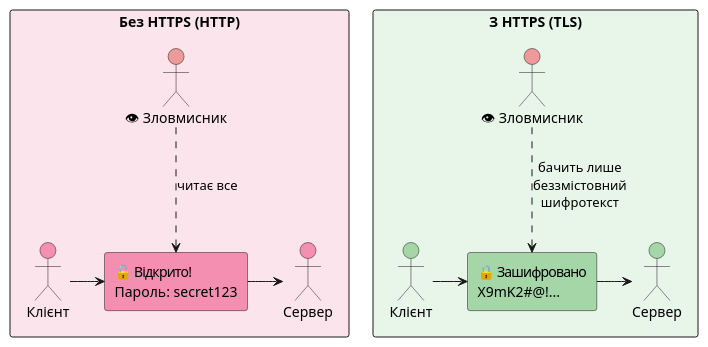
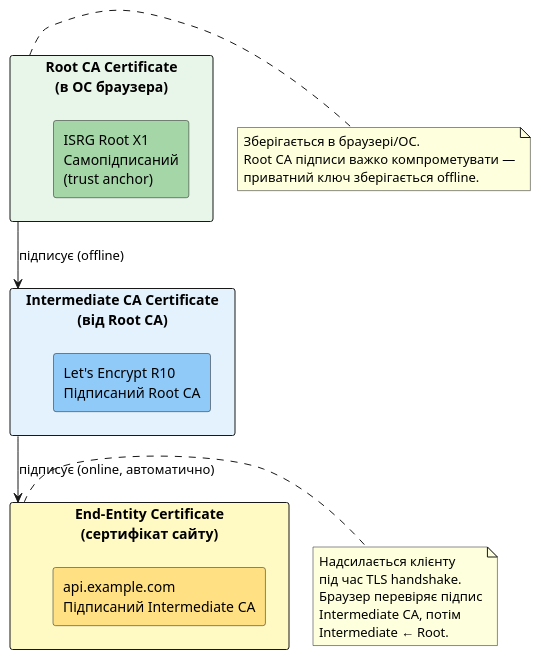
One commit to UTUBMIR/kostyl.dev changed diagram 11 of 18 in content/01.csharp/13.network-programming/08.http-advanced.md. Above: the diagram before and after it, drawn with PlantUML. The commit also changed other lines of this file and 2 other files, not shown here.

````diff
--- a/content/01.csharp/13.network-programming/08.http-advanced.md
+++ b/content/01.csharp/13.network-programming/08.http-advanced.md
@@ -591,29 +1080,36 @@
 ```plantuml
 @startuml
 skinparam style plain
 skinparam backgroundColor #ffffff
 
-rectangle "Без HTTPS (HTTP)" #fce4ec {
-    actor "Клієнт" as c1 #f48fb1
-    rectangle "🔓 Відкрито!\nПароль: secret123" as plaintext #f48fb1
-    actor "Сервер" as s1 #f48fb1
-    actor "👁 Зловмисник" as evil1 #ef9a9a
-
-    c1 -> plaintext
-    plaintext -> s1
-    evil1 ..> plaintext : читає все
+rectangle "Root CA Certificate\n(в ОС браузера)" as root #e8f5e9 {
+    rectangle "ISRG Root X1\nСамопідписаний\n(trust anchor)" as rootcert #a5d6a7
 }
 
-rectangle "З HTTPS (TLS)" #e8f5e9 {
-    actor "Клієнт" as c2 #a5d6a7
-    rectangle "🔒 Зашифровано\nX9mK2#@!..." as encrypted #a5d6a7
-    actor "Сервер" as s2 #a5d6a7
-    actor "👁 Зловмисник" as evil2 #ef9a9a
+rectangle "Intermediate CA Certificate\n(від Root CA)" as inter #e3f2fd {
+    rectangle "Let's Encrypt R10\nПідписаний Root CA" as intercert #90caf9
+}
 
-    c2 -> encrypted
-    encrypted -> s2
-    evil2 ..> encrypted : бачить лише\nбеззмістовний\nшифротекст
+rectangle "End-Entity Certificate\n(сертифікат сайту)" as ee #fff9c4 {
+    rectangle "api.example.com\nПідписаний Intermediate CA" as eecert #ffe082
 }
+
+root --> inter : підписує (offline)
+inter --> ee : підписує (online, автоматично)
+
+note right of root
+  Зберігається в браузері/ОС.
+  Root CA підписи важко компрометувати —
+  приватний ключ зберігається offline.
+end note
+
+note right of ee
+  Надсилається клієнту
+  під час TLS handshake.
+  Браузер перевіряє підпис
+  Intermediate CA, потім
+  Intermediate ← Root.
+end note
 
 @enduml
 ```
````
